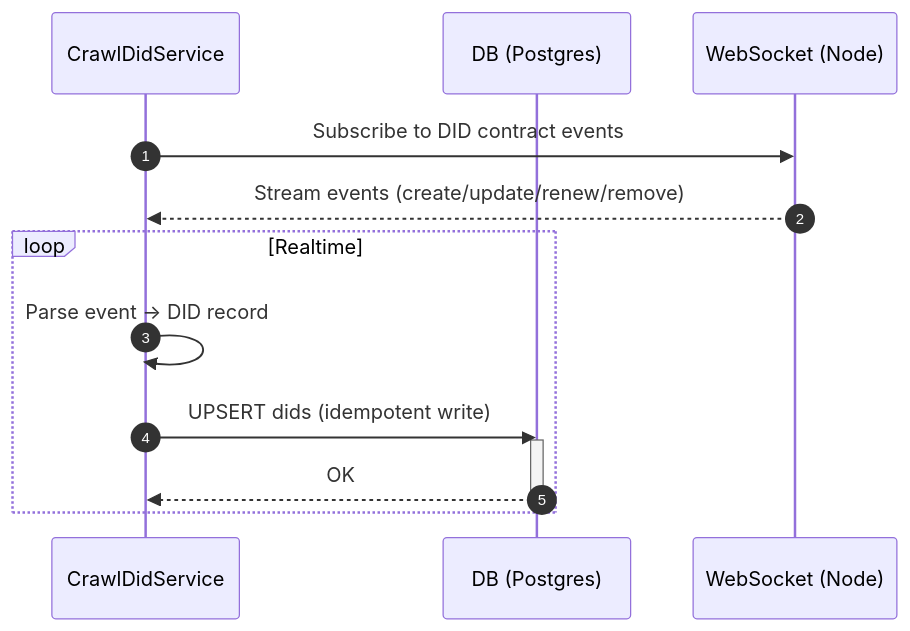
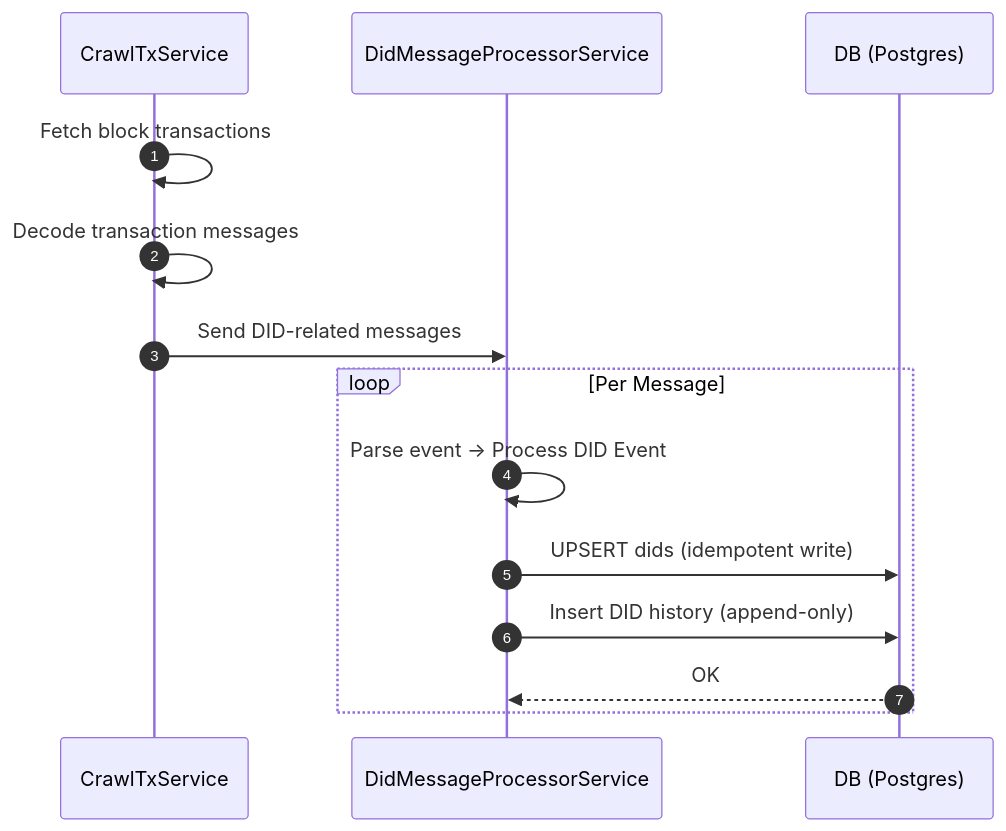
One commit to verana-labs/verana-indexer changed the diagram in docs/services/crawl-did/crawl-code.md. Above: the diagram before and after it, drawn with Mermaid. The commit also changed other lines of this file and 62 other files, not shown here.

````diff
--- a/docs/services/crawl-did/crawl-code.md
+++ b/docs/services/crawl-did/crawl-code.md
@@ -3,19 +3,20 @@
 ```mermaid
-  sequenceDiagram
+ sequenceDiagram
   autonumber
-  participant A as CrawlDidService
+  participant C as CrawlTxService
+  participant D as DidMessageProcessorService
   participant B as DB (Postgres)
-  participant W as WebSocket (Node)
 
-  A->>W: Subscribe to DID contract events
-  activate W
-  W-->>A: Stream events (create/update/renew/remove)
+  C->>C: Fetch block transactions
+  C->>C: Decode transaction messages
+  C->>D: Send DID-related messages
 
-  loop Realtime
-    A->>A: Parse event → DID record
-    A->>B: UPSERT dids (idempotent write)
-    activate B
-    B-->>A: OK
-    deactivate B
+  loop Per Message
+    D->>D: Parse event → Process DID Event
+    D->>B: UPSERT dids (idempotent write)
+    D->>B: Insert DID history (append-only)
+    B-->>D: OK
   end
+
+
 ```
````
